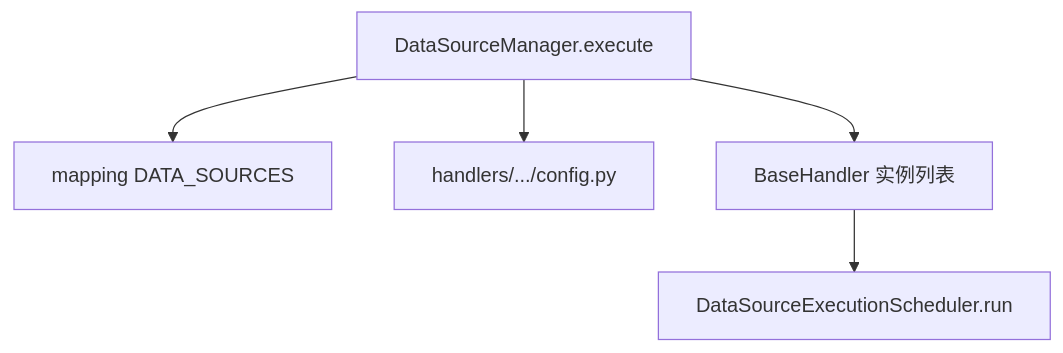
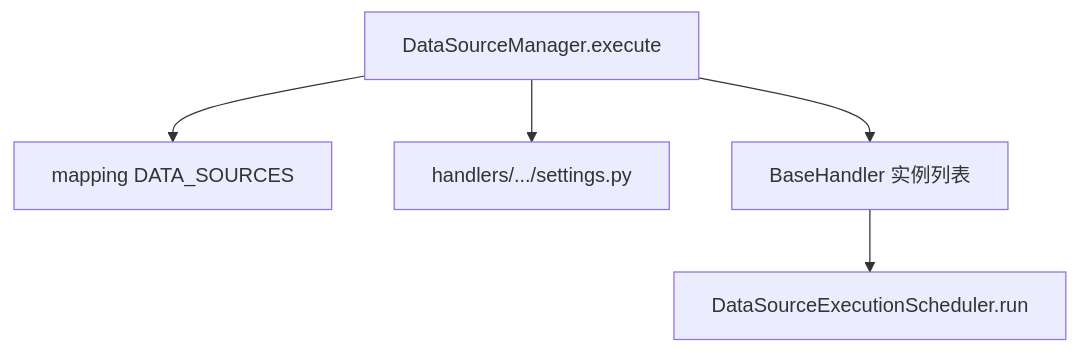
One commit to garnet1985/new-tea-quant changed the diagram in core/modules/data_source/docs/ARCHITECTURE.md. Above: the diagram before and after it, drawn with Mermaid. The commit also changed 18 other files, not shown here.

Commit message:
rename data source config to settings

````diff
--- a/core/modules/data_source/docs/ARCHITECTURE.md
+++ b/core/modules/data_source/docs/ARCHITECTURE.md
@@ -44,12 +44,12 @@
 ```mermaid
 flowchart TB
   M[DataSourceManager.execute]
   MAP[mapping DATA_SOURCES]
-  CFG[handlers/.../config.py]
+  CFG[handlers/.../settings.py]
   H[BaseHandler 实例列表]
   S[DataSourceExecutionScheduler.run]
   M --> MAP
   M --> CFG
   M --> H
   H --> S
 ```
````
